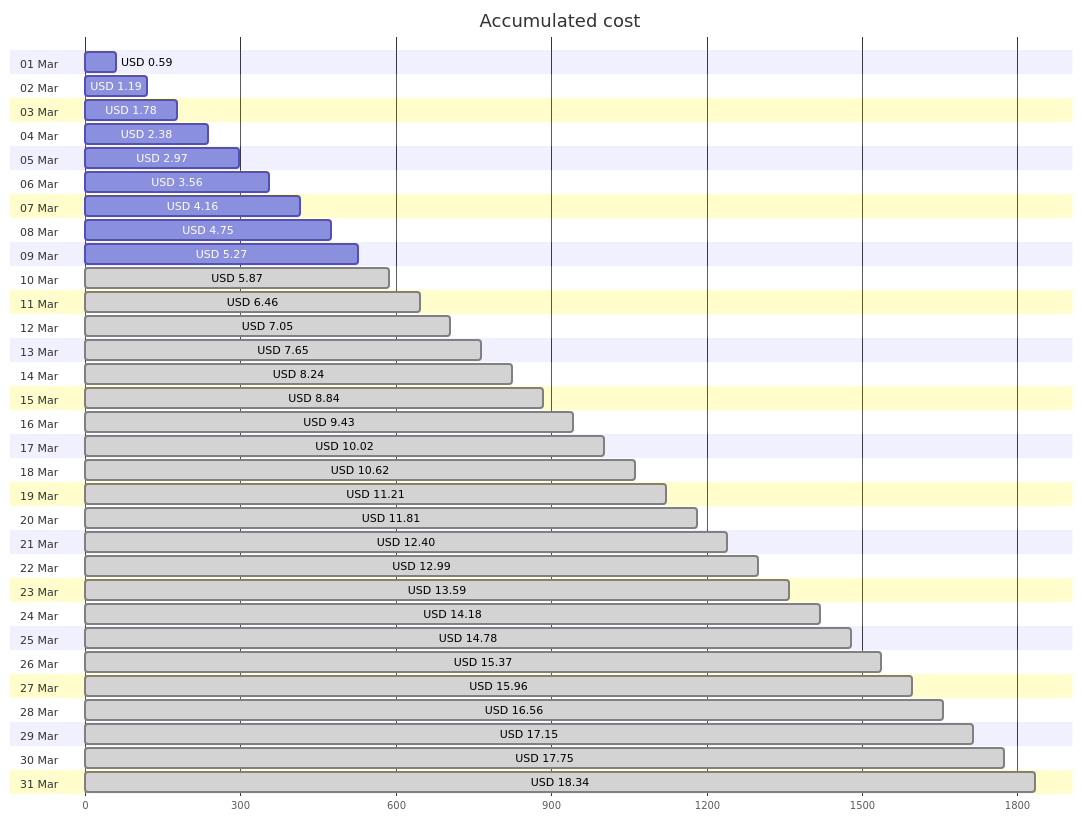
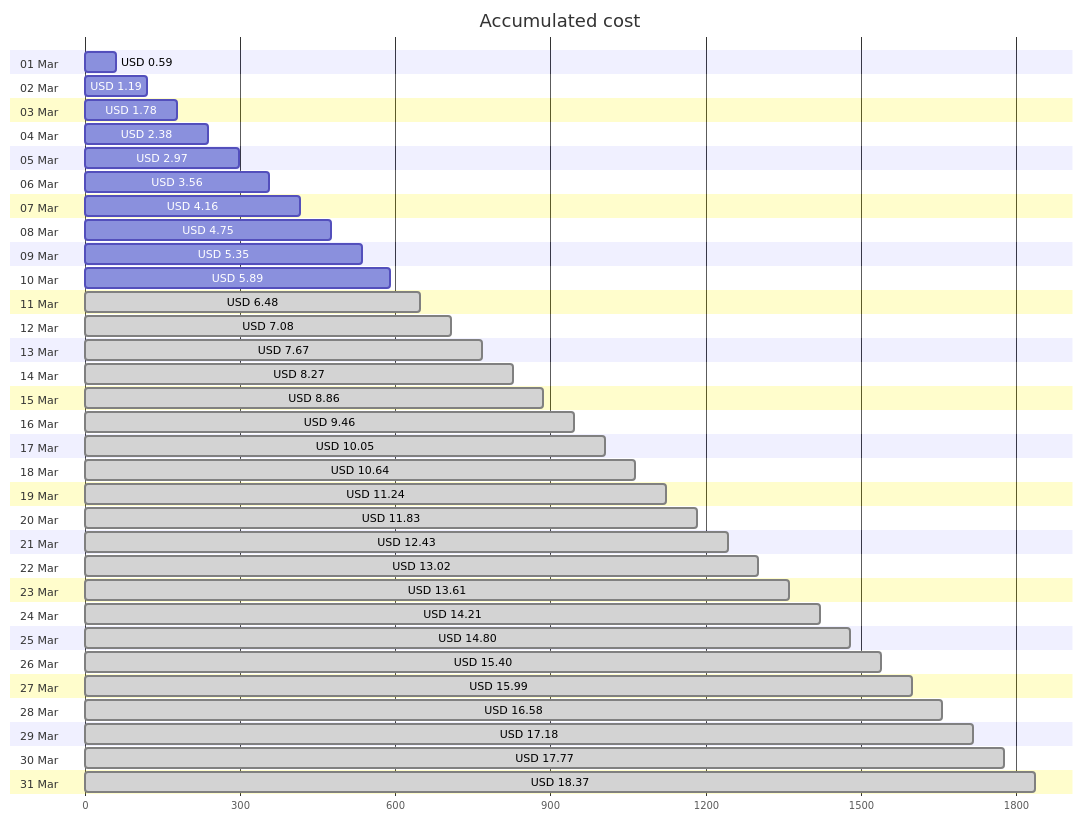
The first of 4 diagrams in cost-reports/personal-site/README.md (jpfulton/azure-personal-reports), drawn with Mermaid before and after one commit. The commit also changed other lines of this file and 6 other files, not shown here.

````diff
--- a/cost-reports/personal-site/README.md
+++ b/cost-reports/personal-site/README.md
@@ -20,68 +20,68 @@
 ```mermaid
 gantt
    title Accumulated cost
    dateFormat  X
    axisFormat %s
    section 01 Mar
    USD 0.59 :0, 59
    section 02 Mar
    USD 1.19 :0, 119
    section 03 Mar
    USD 1.78 :0, 178
    section 04 Mar
    USD 2.38 :0, 238
    section 05 Mar
    USD 2.97 :0, 297
    section 06 Mar
    USD 3.56 :0, 356
    section 07 Mar
    USD 4.16 :0, 416
    section 08 Mar
    USD 4.75 :0, 475
    section 09 Mar
-   USD 5.27 :0, 527
+   USD 5.35 :0, 535
    section 10 Mar
-   USD 5.87 : done, 0, 587
+   USD 5.89 :0, 589
    section 11 Mar
-   USD 6.46 : done, 0, 646
+   USD 6.48 : done, 0, 648
    section 12 Mar
-   USD 7.05 : done, 0, 705
+   USD 7.08 : done, 0, 708
    section 13 Mar
-   USD 7.65 : done, 0, 765
+   USD 7.67 : done, 0, 767
    section 14 Mar
-   USD 8.24 : done, 0, 824
+   USD 8.27 : done, 0, 827
    section 15 Mar
-   USD 8.84 : done, 0, 884
+   USD 8.86 : done, 0, 886
    section 16 Mar
-   USD 9.43 : done, 0, 943
+   USD 9.46 : done, 0, 946
    section 17 Mar
-   USD 10.02 : done, 0, 1002
+   USD 10.05 : done, 0, 1005
    section 18 Mar
-   USD 10.62 : done, 0, 1062
+   USD 10.64 : done, 0, 1064
    section 19 Mar
-   USD 11.21 : done, 0, 1121
+   USD 11.24 : done, 0, 1124
    section 20 Mar
-   USD 11.81 : done, 0, 1181
+   USD 11.83 : done, 0, 1183
    section 21 Mar
-   USD 12.40 : done, 0, 1240
+   USD 12.43 : done, 0, 1243
    section 22 Mar
-   USD 12.99 : done, 0, 1299
+   USD 13.02 : done, 0, 1302
    section 23 Mar
-   USD 13.59 : done, 0, 1359
+   USD 13.61 : done, 0, 1361
    section 24 Mar
-   USD 14.18 : done, 0, 1418
+   USD 14.21 : done, 0, 1421
    section 25 Mar
-   USD 14.78 : done, 0, 1478
+   USD 14.80 : done, 0, 1480
    section 26 Mar
-   USD 15.37 : done, 0, 1537
+   USD 15.40 : done, 0, 1540
    section 27 Mar
-   USD 15.96 : done, 0, 1596
+   USD 15.99 : done, 0, 1599
    section 28 Mar
-   USD 16.56 : done, 0, 1656
+   USD 16.58 : done, 0, 1658
    section 29 Mar
-   USD 17.15 : done, 0, 1715
+   USD 17.18 : done, 0, 1718
    section 30 Mar
-   USD 17.75 : done, 0, 1775
+   USD 17.77 : done, 0, 1777
    section 31 Mar
-   USD 18.34 : done, 0, 1834
+   USD 18.37 : done, 0, 1837
 ```
````
